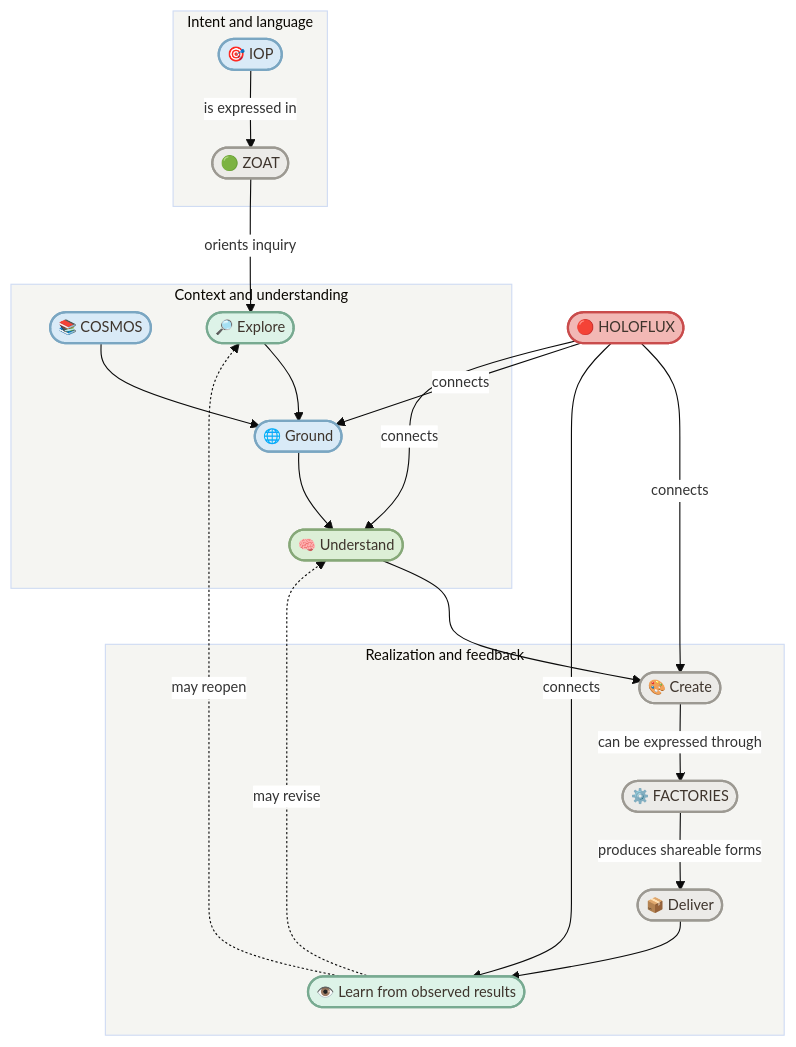
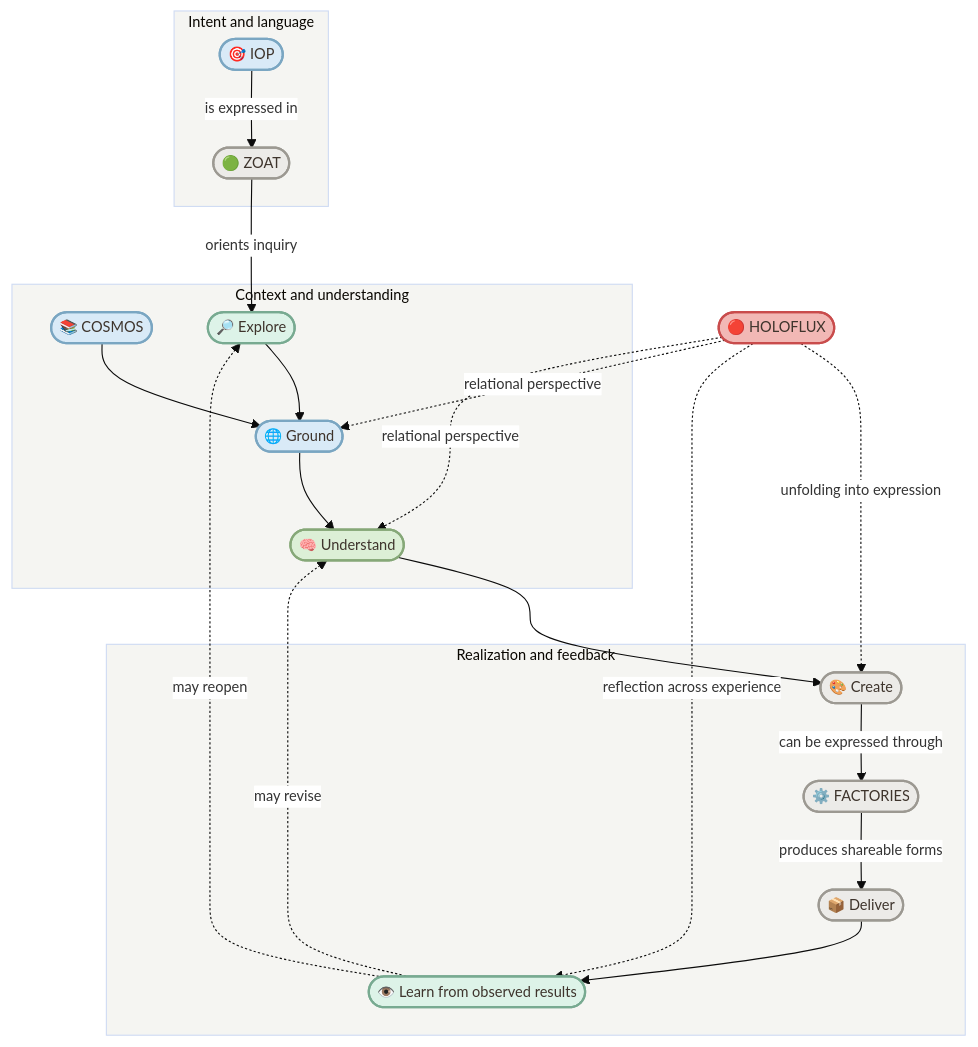
One commit to enogrob/project-holoflux changed the second of 2 diagrams in README.md. Above: the diagram before and after it, drawn with Mermaid. The commit also changed other lines of this file, not shown here.

````diff
--- a/README.md
+++ b/README.md
@@ -87,42 +90,42 @@
 ```mermaid
 %%{init: {"theme": "base", "themeVariables": {"fontSize": "13px", "clusterBkg": "#F5F5F2", "edgeLabelBackground": "#FFFFFF"}, "flowchart": {"wrappingWidth": 200, "minNodeWidth": 0, "padding": 8}}}%%
 flowchart TD
     subgraph Orientation["Intent and language"]
       I([🎯 IOP]):::context
       Z([🟢 ZOAT]):::projection
     end
     subgraph Inquiry["Context and understanding"]
       K([📚 COSMOS]):::context
       E([🔎 Explore]):::observation
       G([🌐 Ground]):::context
       U([🧠 Understand]):::understanding
     end
     subgraph Expression["Realization and feedback"]
       C([🎨 Create]):::projection
       F([⚙️ FACTORIES]):::projection
       D([📦 Deliver]):::projection
       L([👁️ Learn from observed results]):::observation
     end
     H([🔴 HOLOFLUX]):::holoflux
     I -->|is expressed in| Z
     Z -->|orients inquiry| E
     K --> G
     E --> G
     G --> U
     U --> C
     C -->|can be expressed through| F
     F -->|produces shareable forms| D
     D --> L
     L -. may reopen .-> E
     L -. may revise .-> U
-    H -->|connects| G
-    H -->|connects| U
-    H -->|connects| C
-    H -->|connects| L
+    H -.->|relational perspective| G
+    H -.->|relational perspective| U
+    H -.->|unfolding into expression| C
+    H -.->|reflection across experience| L
 
     classDef context fill:#D9EAF7,stroke:#7AA6C2,color:#3E342C,stroke-width:2px;
     classDef understanding fill:#DCEFD6,stroke:#86A878,color:#3E342C,stroke-width:2px;
     classDef holoflux fill:#F2B8B5,stroke:#C94C4C,color:#3E342C,stroke-width:2px;
     classDef projection fill:#ECEBE8,stroke:#9C9992,color:#3E342C,stroke-width:2px;
     classDef observation fill:#DDF3E8,stroke:#78AA91,color:#3E342C,stroke-width:2px;
 ```
````
